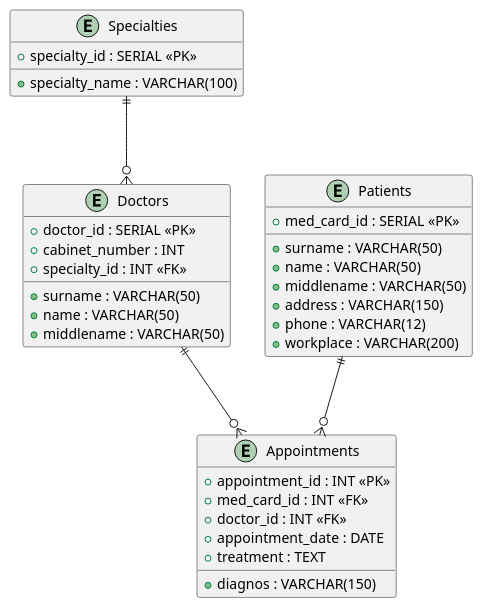
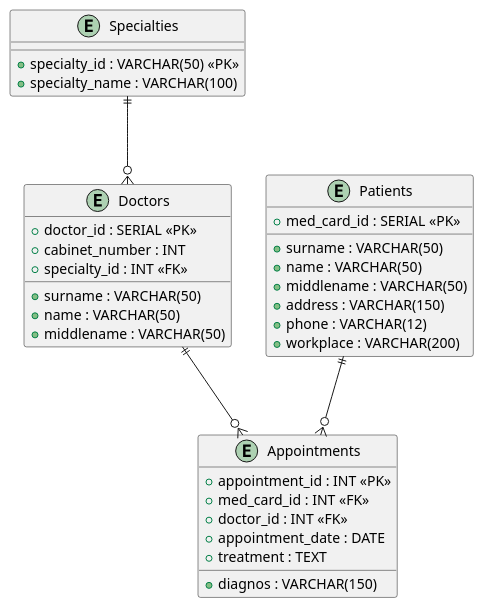
Before and after one commit to nikkov199525/databases: the diagram in lab3.md, drawn with PlantUML. The commit also changed other lines of this file, not shown here.

```diff
--- a/lab3.md
+++ b/lab3.md
@@ -25,38 +25,38 @@
 @startuml
 entity "Specialties" as specialties {
-  + specialty_id : SERIAL <<PK>>
+  + specialty_id : VARCHAR(50) <<PK>>
   + specialty_name : VARCHAR(100)
 }
 
 entity "Doctors" as doctors {
   + doctor_id : SERIAL <<PK>>
   + surname : VARCHAR(50)
   + name : VARCHAR(50)
   + middlename : VARCHAR(50)
   + cabinet_number : INT
   + specialty_id : INT <<FK>>
 }
 
 entity "Patients" as patients {
   + med_card_id : SERIAL <<PK>>
   + surname : VARCHAR(50)
   + name : VARCHAR(50)
   + middlename : VARCHAR(50)
   + address : VARCHAR(150)
   + phone : VARCHAR(12)
   + workplace : VARCHAR(200)
 }
 
 entity "Appointments" as appointments {
   + appointment_id : INT <<PK>>
   + med_card_id : INT <<FK>>
   + doctor_id : INT <<FK>>
   + appointment_date : DATE
   + diagnos : VARCHAR(150)
   + treatment : TEXT
 }
 specialties ||--o{ doctors : ""
 doctors ||--o{ appointments : ""
 patients ||--o{ appointments : ""
 
 @enduml
```
